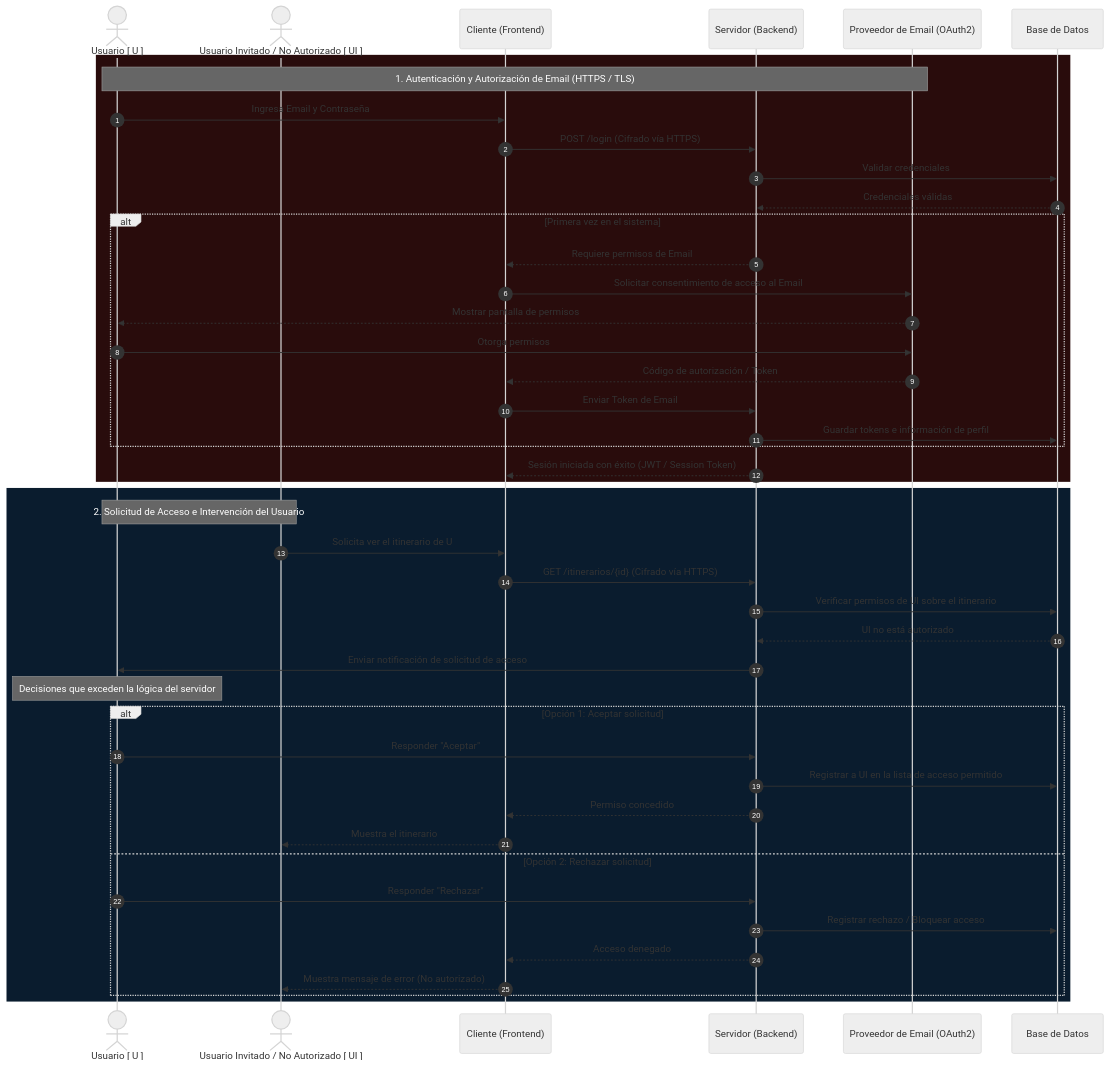
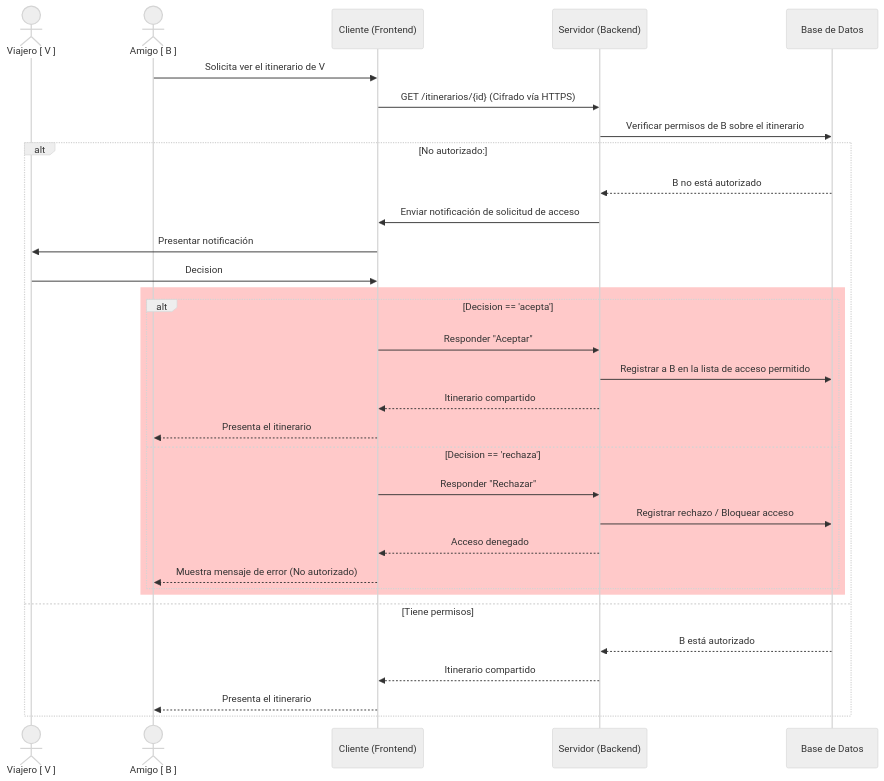
One commit to nicolas-wai/trotamundos changed the third of 3 diagrams in docs/02-add/iteracion-4.md. Above: the diagram before and after it, drawn with Mermaid (neutral theme). The commit also changed other lines of this file, not shown here.

Commit message:
Refactor security handling and user authentication process in Iteration 4 documentation

````diff
--- a/docs/02-add/iteracion-4.md
+++ b/docs/02-add/iteracion-4.md
@@ -77,54 +101,38 @@
 ```mermaid
     sequenceDiagram
-    autonumber
-    actor U as Usuario [ U ]
-    actor UI as Usuario Invitado / No Autorizado [ UI ]
+    actor V as Viajero [ V ]
+    actor B as Amigo [ B ]
     participant C as Cliente (Frontend)
     participant S as Servidor (Backend)
-    participant OAuth as Proveedor de Email (OAuth2)
     participant BD as Base de Datos
 
-    %% 1. Autenticación y Consentimiento inicial
-    rect rgb(41, 12, 12)
-    note over U, OAuth: 1. Autenticación y Autorización de Email (HTTPS / TLS)
-    U->>C: Ingresa Email y Contraseña
-    C->>S: POST /login (Cifrado vía HTTPS)
-    S->>BD: Validar credenciales
-    BD-->>S: Credenciales válidas
+    B->>C: Solicita ver el itinerario de V
+    C->>S: GET /itinerarios/{id} (Cifrado vía HTTPS)
+    S->>BD: Verificar permisos de B sobre el itinerario
+    
+    alt No autorizado:
+        BD-->>S: B no está autorizado
+        S->>C: Enviar notificación de solicitud de acceso
+        C->>V: Presentar notificación
 
-    alt Primera vez en el sistema
-        S-->>C: Requiere permisos de Email
-        C->>OAuth: Solicitar consentimiento de acceso al Email
-        OAuth-->>U: Mostrar pantalla de permisos
-        U->>OAuth: Otorga permisos
-        OAuth-->>C: Código de autorización / Token
-        C->>S: Enviar Token de Email
-        S->>BD: Guardar tokens e información de perfil
-    end
-    S-->>C: Sesión iniciada con éxito (JWT / Session Token)
-    end
-
-    %% 2. Intento de acceso a itinerario no autorizado y Notificación
-    rect rgb(10, 28, 46)
-    note over UI, U: 2. Solicitud de Acceso e Intervención del Usuario
-    UI->>C: Solicita ver el itinerario de U
-    C->>S: GET /itinerarios/{id} (Cifrado vía HTTPS)
-    S->>BD: Verificar permisos de UI sobre el itinerario
-    BD-->>S: UI no está autorizado
-
-    S->>U: Enviar notificación de solicitud de acceso
-    note over U: Decisiones que exceden la lógica del servidor
-
-    alt Opción 1: Aceptar solicitud
-        U->>S: Responder "Aceptar"
-        S->>BD: Registrar a UI en la lista de acceso permitido
-        S-->>C: Permiso concedido
-        C-->>UI: Muestra el itinerario
-    else Opción 2: Rechazar solicitud
-        U->>S: Responder "Rechazar"
-        S->>BD: Registrar rechazo / Bloquear acceso
-        S-->>C: Acceso denegado
-        C-->>UI: Muestra mensaje de error (No autorizado)
-    end
+        V->>C: Decision
+        rect rgb(255, 148, 148, 0.5)
+            alt Decision == 'acepta'
+                C->>S: Responder "Aceptar"
+                S->>BD: Registrar a B en la lista de acceso permitido
+                S-->>C: Itinerario compartido
+                C-->>B: Presenta el itinerario
+            else Decision == 'rechaza'
+                C->>S: Responder "Rechazar"
+                S->>BD: Registrar rechazo / Bloquear acceso
+                S-->>C: Acceso denegado
+                C-->>B: Muestra mensaje de error (No autorizado)
+            end
+        end
+        
+    else Tiene permisos
+        BD-->>S: B está autorizado
+        S-->>C: Itinerario compartido
+        C-->>B: Presenta el itinerario
     end
 ```
````
